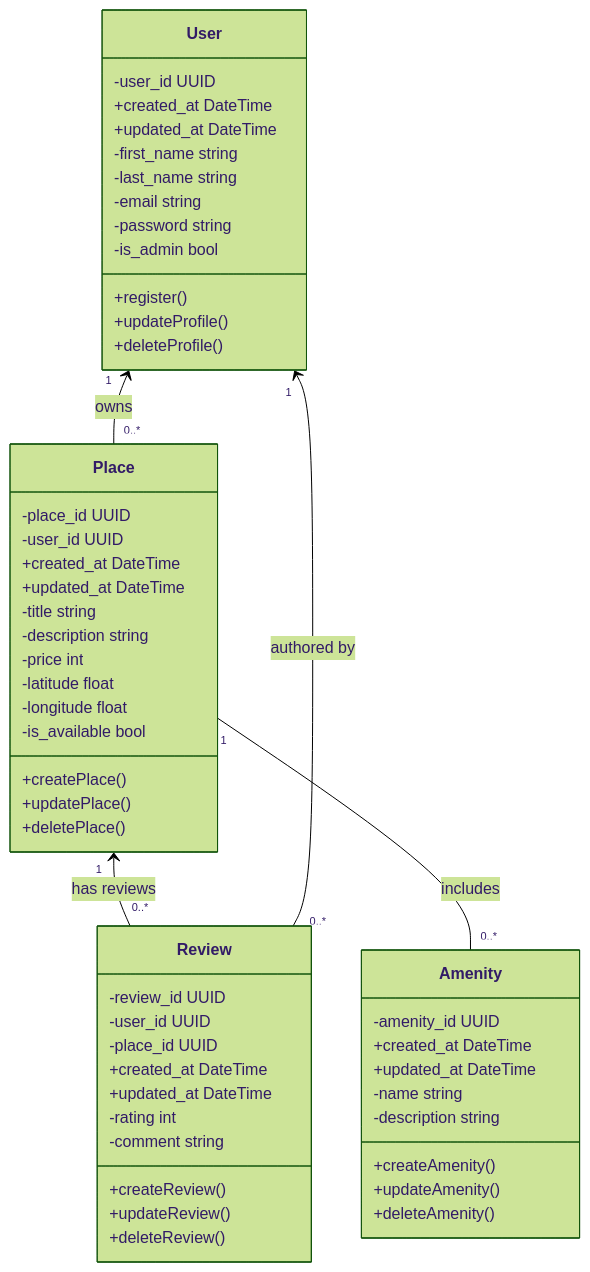
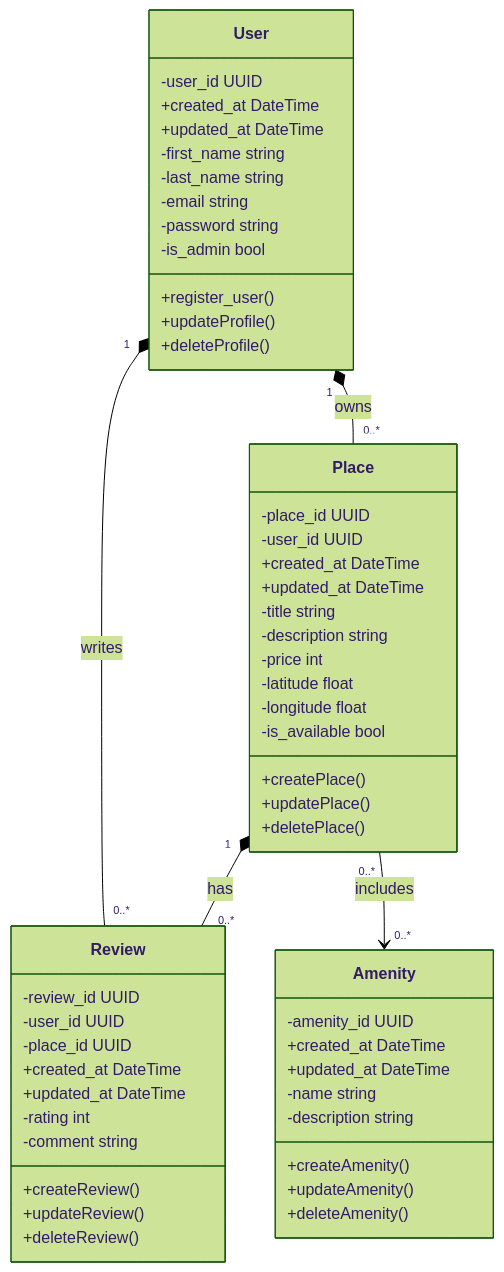
One commit to mnarzaid247-stack/holbertonschool-hbnb changed the second of 6 diagrams in part1/README.md. Above: the diagram before and after it, drawn with Mermaid (forest theme). The commit also changed other lines of this file and 1 other file, not shown here.

Commit message:
refactor(docs): improve clarity and structure in README and class diagram documentation

````diff
--- a/part1/README.md
+++ b/part1/README.md
@@ -131,61 +137,65 @@
 ```mermaid
 classDiagram
-    class User {
-        -user_id UUID
-        +created_at DateTime
-        +updated_at DateTime
-        -first_name string
-        -last_name string
-        -email string
-        -password string
-        -is_admin bool
-        +register()
-        +updateProfile()
-        +deleteProfile()
-    }
+        class User {
+                -user_id UUID
+                +created_at DateTime
+                +updated_at DateTime
+                -first_name string
+                -last_name string
+                -email string
+                -password string
+                -is_admin bool
+                +register_user()
+                +updateProfile()
+                +deleteProfile()
+        }
 
-    class Place {
-        -place_id UUID
-        -user_id UUID
-        +created_at DateTime
-        +updated_at DateTime
-        -title string
-        -description string
-        -price int
-        -latitude float
-        -longitude float
-        -is_available bool
-        +createPlace()
-        +updatePlace()
-        +deletePlace()
-    }
+        class Place {
+                -place_id UUID
+                -user_id UUID
+                +created_at DateTime
+                +updated_at DateTime
+                -title string
+                -description string
+                -price int
+                -latitude float
+                -longitude float
+                -is_available bool
+                +createPlace()
+                +updatePlace()
+                +deletePlace()
+        }
 
-    class Amenity {
-        -amenity_id UUID
-        +created_at DateTime
-        +updated_at DateTime
-        -name string
-        -description string
-        +createAmenity()
-        +updateAmenity()
-        +deleteAmenity()
-    }
+        class Amenity {
+                -amenity_id UUID
+                +created_at DateTime
+                +updated_at DateTime
+                -name string
+                -description string
+                +createAmenity()
+                +updateAmenity()
+                +deleteAmenity()
+        }
 
-    class Review {
-        -review_id UUID
-        -user_id UUID
-        -place_id UUID
-        +created_at DateTime
-        +updated_at DateTime
-        -rating int
-        -comment string
-        +createReview()
-        +updateReview()
-        +deleteReview()
-    }
+                %% Note: many-to-many between Place and Amenity is shown directly below
 
-    User "1" <-- "0..*" Place : owns
-    Place "1" <-- "0..*" Review : has reviews
-    User "1" <-- "0..*" Review : authored by
-    Place "1" -- "0..*" Amenity : includes
+        class Review {
+                -review_id UUID
+                -user_id UUID
+                -place_id UUID
+                +created_at DateTime
+                +updated_at DateTime
+                -rating int
+                -comment string
+                +createReview()
+                +updateReview()
+                +deleteReview()
+        }
+
+        %% Relationships
+    User "1" *-- "0..*" Place : owns
+    User "1" *-- "0..*" Review : writes
+    Place "1" *-- "0..*" Review : has
+    Place "0..*" --> "0..*" Amenity : includes
+
 ```
````
